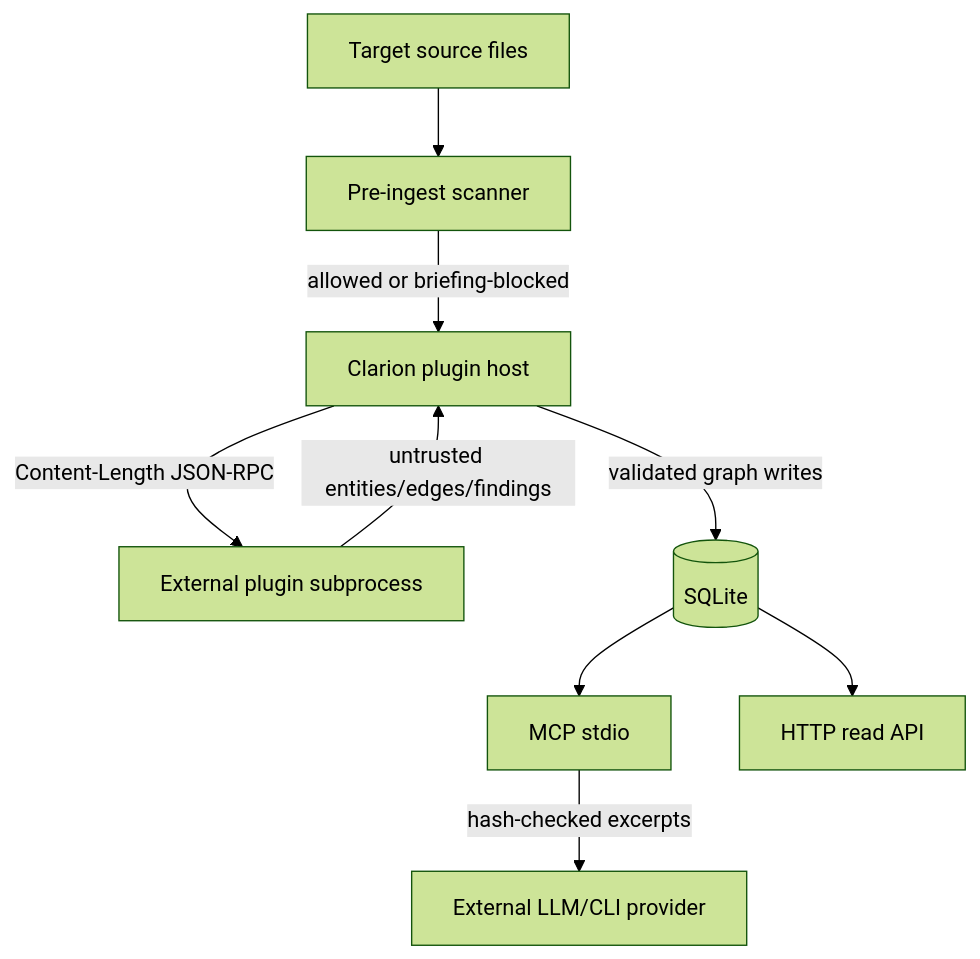
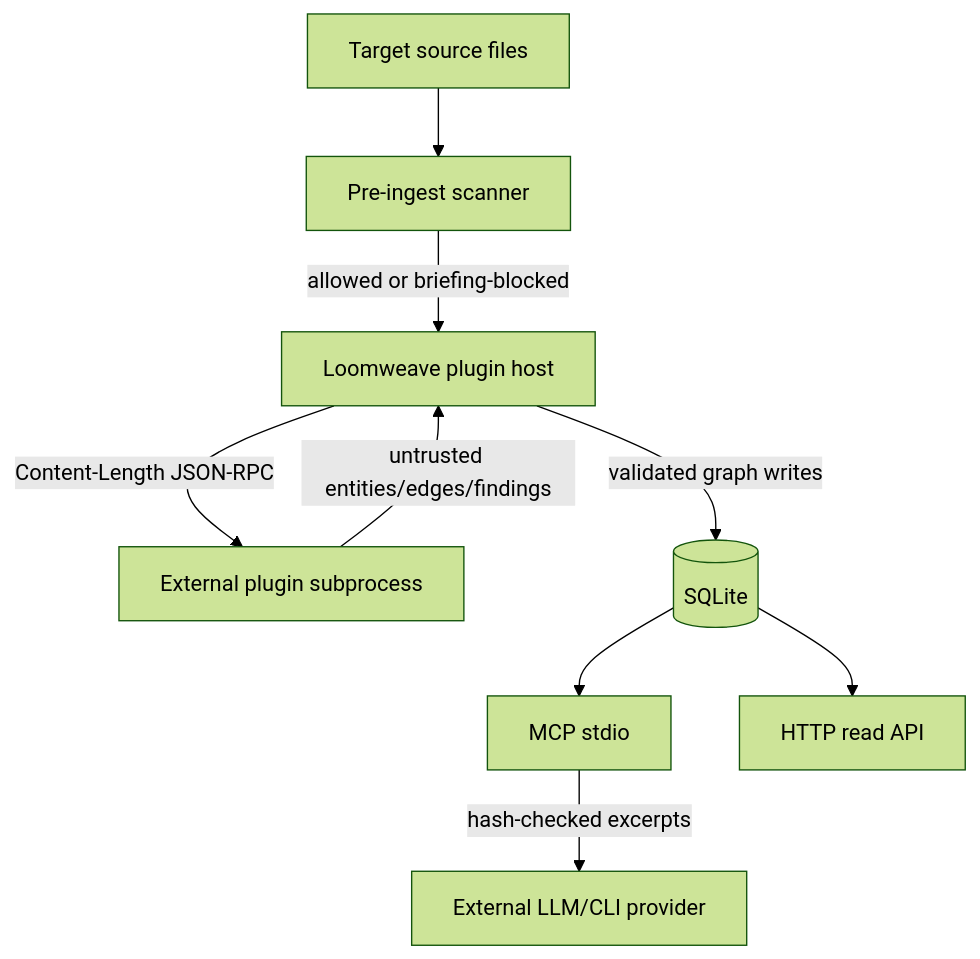
One commit to foundryside-dev/loomweave changed the fifth of 6 diagrams in docs/implementation/arch-analysis-2026-05-20-2124/03-diagrams.md. Above: the diagram before and after it, drawn with Mermaid (forest theme). The commit also changed other lines of this file and 614 other files, not shown here.

First line of the commit message:
refactor!: rename Clarion→Loomweave, Loom→Weft; recut 1.3.0→1.0.0

````diff
--- a/docs/implementation/arch-analysis-2026-05-20-2124/03-diagrams.md
+++ b/docs/implementation/arch-analysis-2026-05-20-2124/03-diagrams.md
@@ -111,20 +111,20 @@
 ```mermaid
 flowchart TB
     Source[Target source files]
     Scanner[Pre-ingest scanner]
     Plugin[External plugin subprocess]
-    Host[Clarion plugin host]
+    Host[Loomweave plugin host]
     DB[(SQLite)]
     MCP[MCP stdio]
     HTTP[HTTP read API]
     LLM[External LLM/CLI provider]
 
     Source --> Scanner
     Scanner -->|allowed or briefing-blocked| Host
     Host -->|Content-Length JSON-RPC| Plugin
     Plugin -->|untrusted entities/edges/findings| Host
     Host -->|validated graph writes| DB
     DB --> MCP
     DB --> HTTP
     MCP -->|hash-checked excerpts| LLM
 ```
````
